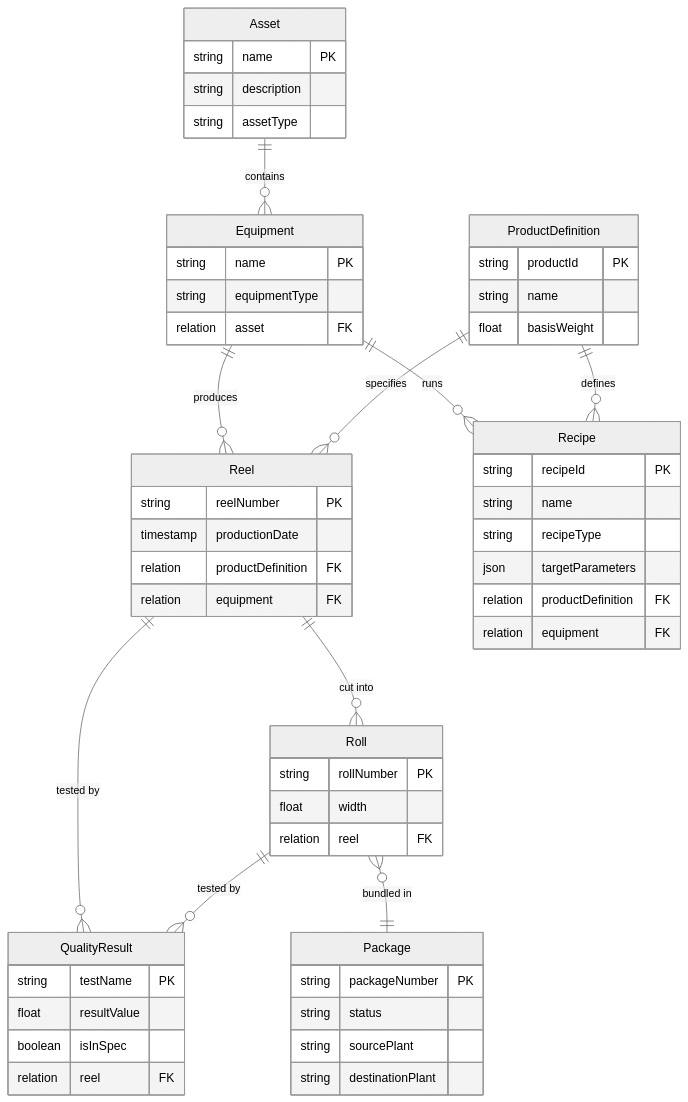
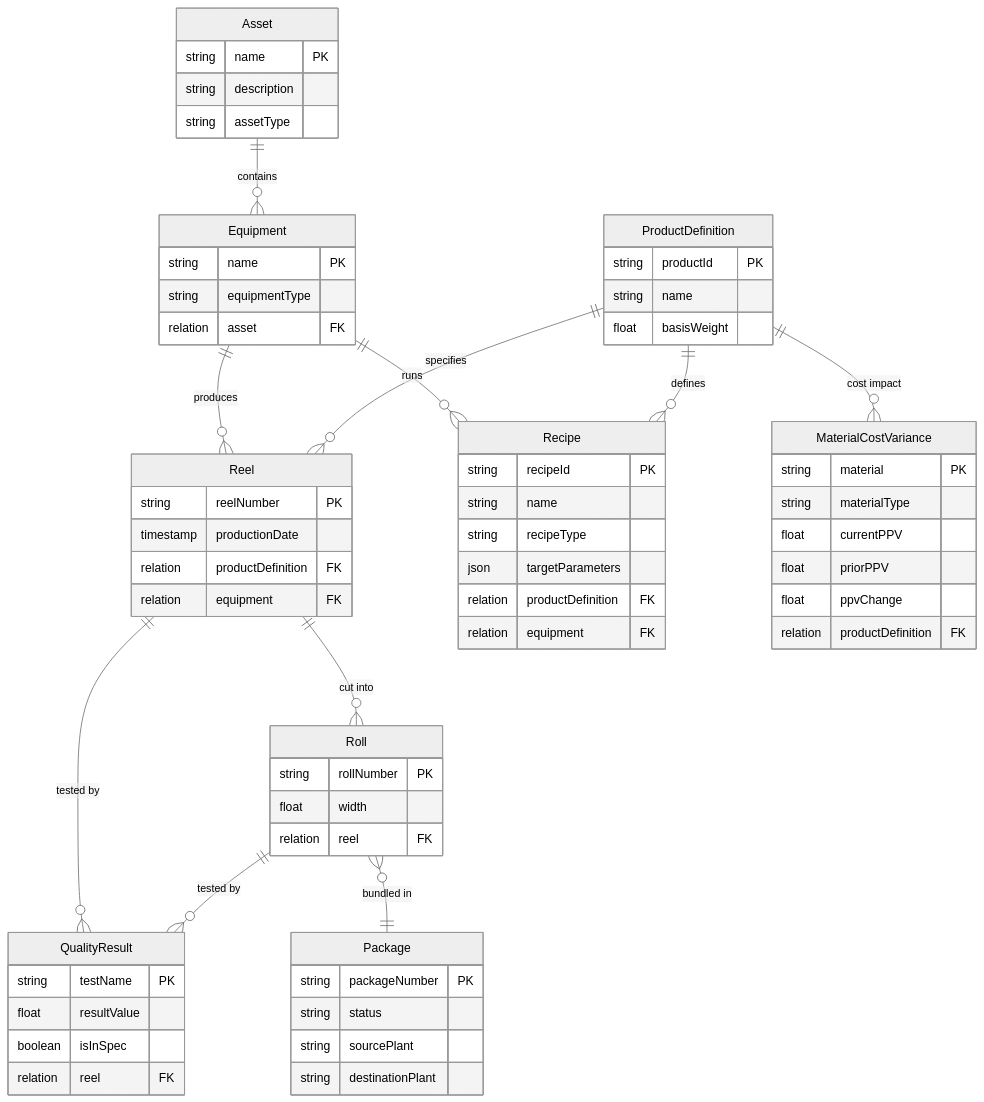
One commit to fbarsoba-cognite/sylvamo-project-documentation changed the first of 2 diagrams in README.md. Above: the diagram before and after it, drawn with Mermaid (neutral theme). The commit also changed other lines of this file and 1 other file, not shown here.

First line of the commit message:
Add Use Case 1 (MaterialCostVariance) to sylvamo_mfg model

````diff
--- a/README.md
+++ b/README.md
@@ -20,66 +20,76 @@
 ```mermaid
 erDiagram
     Asset ||--o{ Equipment : "contains"
     Equipment ||--o{ Reel : "produces"
     Equipment ||--o{ Recipe : "runs"
     ProductDefinition ||--o{ Recipe : "defines"
     ProductDefinition ||--o{ Reel : "specifies"
+    ProductDefinition ||--o{ MaterialCostVariance : "cost impact"
     Reel ||--o{ Roll : "cut into"
     Reel ||--o{ QualityResult : "tested by"
     Roll ||--o{ QualityResult : "tested by"
     Roll }o--|| Package : "bundled in"
 
     Asset {
         string name PK
         string description
         string assetType
     }
 
     Equipment {
         string name PK
         string equipmentType
         relation asset FK
     }
 
     ProductDefinition {
         string productId PK
         string name
         float basisWeight
     }
 
     Recipe {
         string recipeId PK
         string name
         string recipeType
         json targetParameters
         relation productDefinition FK
         relation equipment FK
     }
 
     Reel {
         string reelNumber PK
         timestamp productionDate
         relation productDefinition FK
         relation equipment FK
     }
 
     Roll {
         string rollNumber PK
         float width
         relation reel FK
     }
 
     Package {
         string packageNumber PK
         string status
         string sourcePlant
         string destinationPlant
     }
 
     QualityResult {
         string testName PK
         float resultValue
         boolean isInSpec
         relation reel FK
     }
+
+    MaterialCostVariance {
+        string material PK
+        string materialType
+        float currentPPV
+        float priorPPV
+        float ppvChange
+        relation productDefinition FK
+    }
 ```
````
